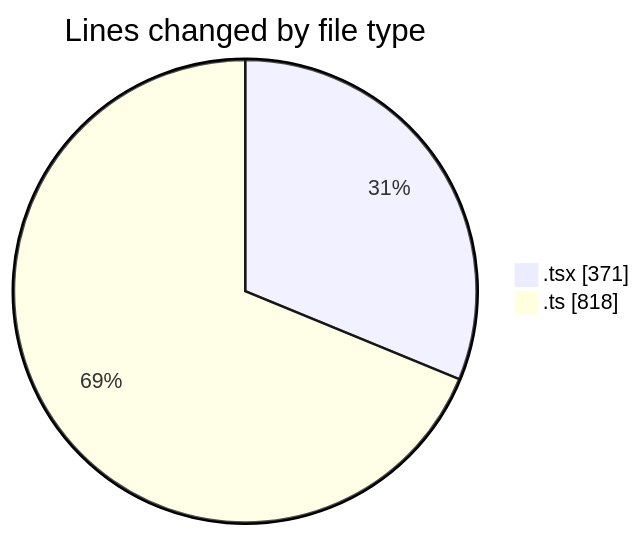
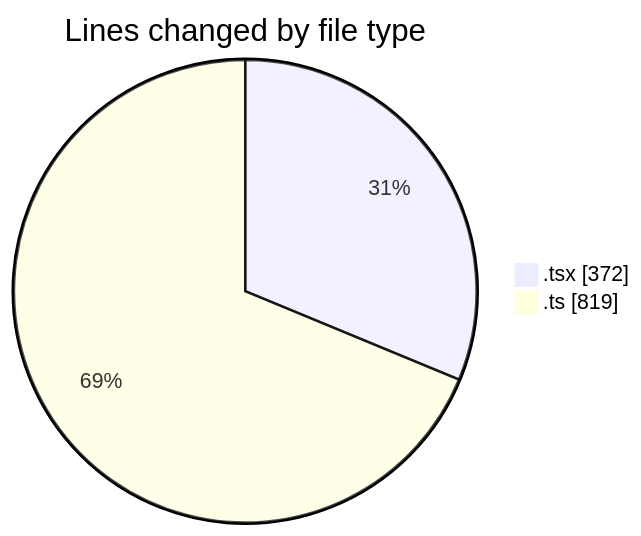
The first of 2 diagrams in 2025-10-20/eventscop-frontend-guide__workspace_/README.md (julien-gomy/code-tracking), drawn with Mermaid before and after one commit. The commit also changed other lines of this file and 1 other file, not shown here.

````diff
--- a/2025-10-20/eventscop-frontend-guide__workspace_/README.md
+++ b/2025-10-20/eventscop-frontend-guide__workspace_/README.md
@@ -31,6 +31,6 @@
 ```mermaid
 pie showData
 title Lines changed by file type
-".tsx" : 371
-".ts" : 818
+".tsx" : 372
+".ts" : 819
 ```
````
